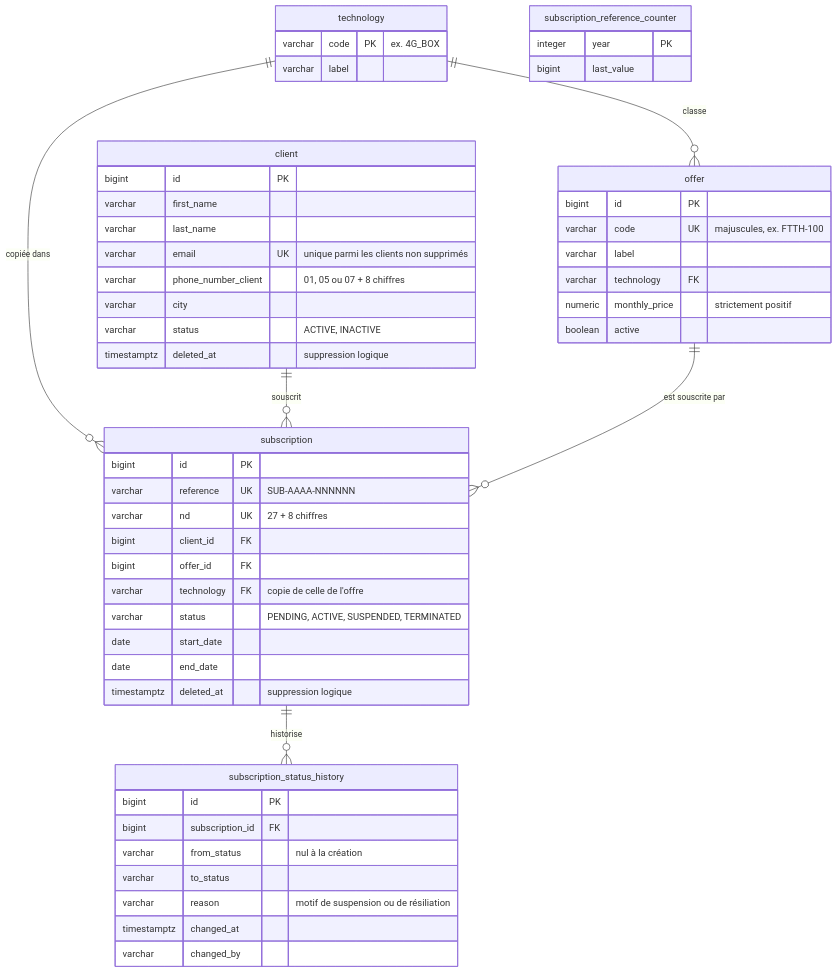
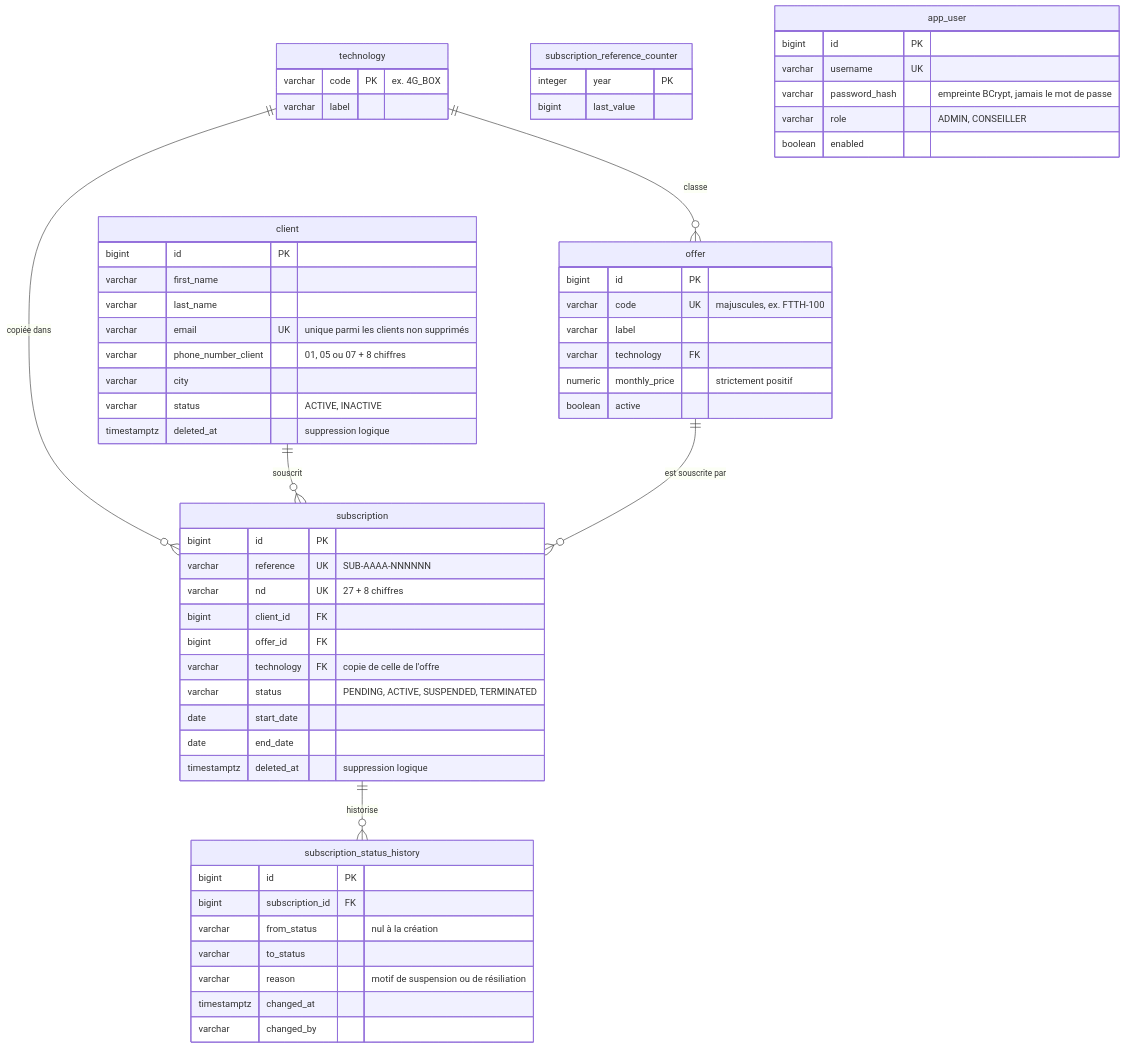
One commit to Ultimatu/subscription-test-api changed the diagram in docs/base-de-donnees.md. Above: the diagram before and after it, drawn with Mermaid. The commit also changed other lines of this file and 2 other files, not shown here.

Commit message:
docs: describe the security implementation and the user accounts table

````diff
--- a/docs/base-de-donnees.md
+++ b/docs/base-de-donnees.md
@@ -7,56 +7,63 @@
 ```mermaid
 erDiagram
     technology ||--o{ offer : "classe"
     technology ||--o{ subscription : "copiée dans"
     client ||--o{ subscription : "souscrit"
     offer ||--o{ subscription : "est souscrite par"
     subscription ||--o{ subscription_status_history : "historise"
 
     technology {
         varchar code PK "ex. 4G_BOX"
         varchar label
     }
     offer {
         bigint id PK
         varchar code UK "majuscules, ex. FTTH-100"
         varchar label
         varchar technology FK
         numeric monthly_price "strictement positif"
         boolean active
     }
     client {
         bigint id PK
         varchar first_name
         varchar last_name
         varchar email UK "unique parmi les clients non supprimés"
         varchar phone_number_client "01, 05 ou 07 + 8 chiffres"
         varchar city
         varchar status "ACTIVE, INACTIVE"
         timestamptz deleted_at "suppression logique"
     }
     subscription {
         bigint id PK
         varchar reference UK "SUB-AAAA-NNNNNN"
         varchar nd UK "27 + 8 chiffres"
         bigint client_id FK
         bigint offer_id FK
         varchar technology FK "copie de celle de l'offre"
         varchar status "PENDING, ACTIVE, SUSPENDED, TERMINATED"
         date start_date
         date end_date
         timestamptz deleted_at "suppression logique"
     }
     subscription_status_history {
         bigint id PK
         bigint subscription_id FK
         varchar from_status "nul à la création"
         varchar to_status
         varchar reason "motif de suspension ou de résiliation"
         timestamptz changed_at
         varchar changed_by
     }
     subscription_reference_counter {
         integer year PK
         bigint last_value
     }
+    app_user {
+        bigint id PK
+        varchar username UK
+        varchar password_hash "empreinte BCrypt, jamais le mot de passe"
+        varchar role "ADMIN, CONSEILLER"
+        boolean enabled
+    }
 ```
````
